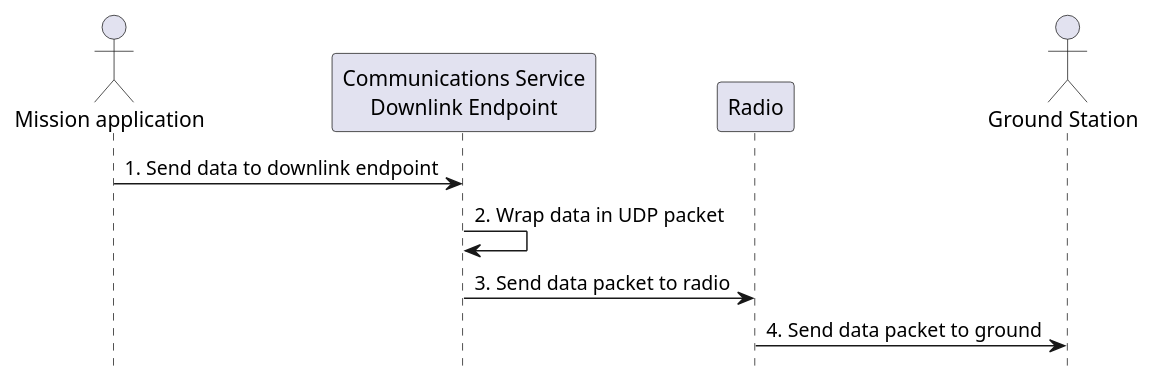
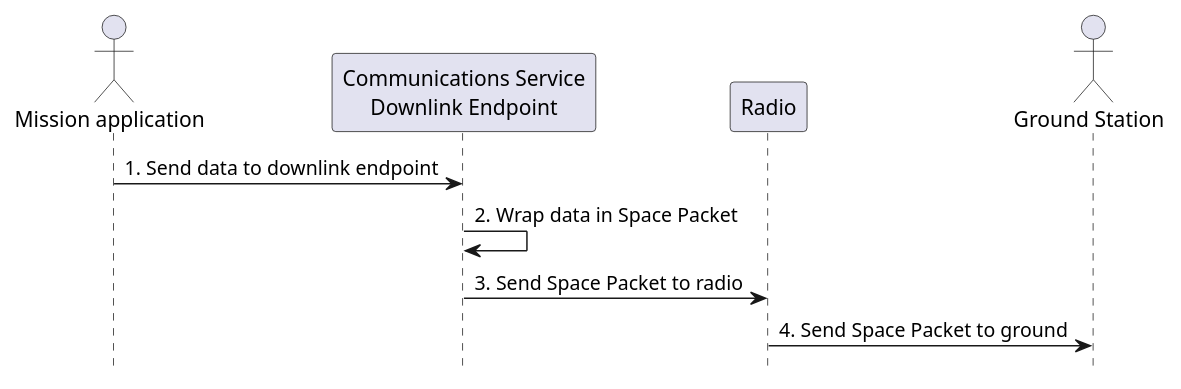
The fifth of 5 diagrams in docs/services/comms-framework.rst (kubos/kubos), drawn with PlantUML before and after one commit. The commit also changed other lines of this file and 7 other files, not shown here.

```diff
--- a/docs/services/comms-framework.rst
+++ b/docs/services/comms-framework.rst
@@ -115,17 +159,17 @@
 .. uml::
 
     @startuml
-    
+
     hide footbox
-    
+
     actor "Mission application" as app
     participant "Communications Service\nDownlink Endpoint" as downlink
     participant Radio
     actor "Ground Station" as ground
-    
+
     app -> downlink : 1. Send data to downlink endpoint
-    downlink -> downlink : 2. Wrap data in UDP packet
-    downlink -> Radio : 3. Send data packet to radio
-    Radio -> ground : 4. Send data packet to ground
-    
+    downlink -> downlink : 2. Wrap data in Space Packet
+    downlink -> Radio : 3. Send Space Packet to radio
+    Radio -> ground : 4. Send Space Packet to ground
+
     @enduml
```
